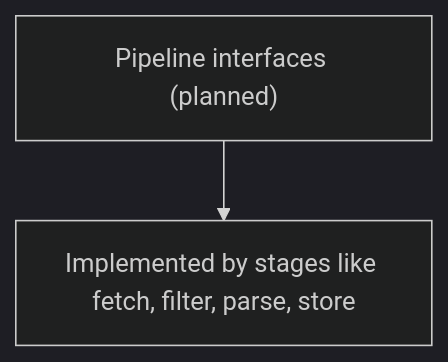
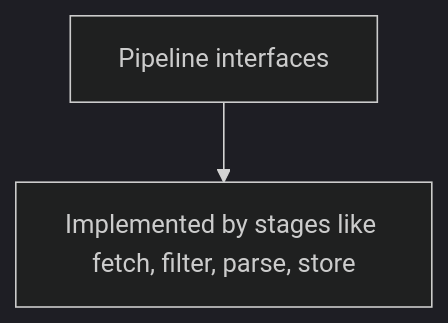
One commit to bijay-develops/Concurrent-Web-Crawler-with-Pluggable-Pipelines changed the diagram in docs/internal/pipeline/interfaces.go.md. Above: the diagram before and after it, drawn with Mermaid (dark theme). The commit also changed other lines of this file and 17 other files, not shown here.

````diff
--- a/docs/internal/pipeline/interfaces.go.md
+++ b/docs/internal/pipeline/interfaces.go.md
@@ -24,4 +31,4 @@
 ```mermaid
 flowchart TD
-  A["Pipeline interfaces (planned)"] --> B["Implemented by stages like fetch, filter, parse, store"]
+  A["Pipeline interfaces"] --> B["Implemented by stages like fetch, filter, parse, store"]
 ```
````
